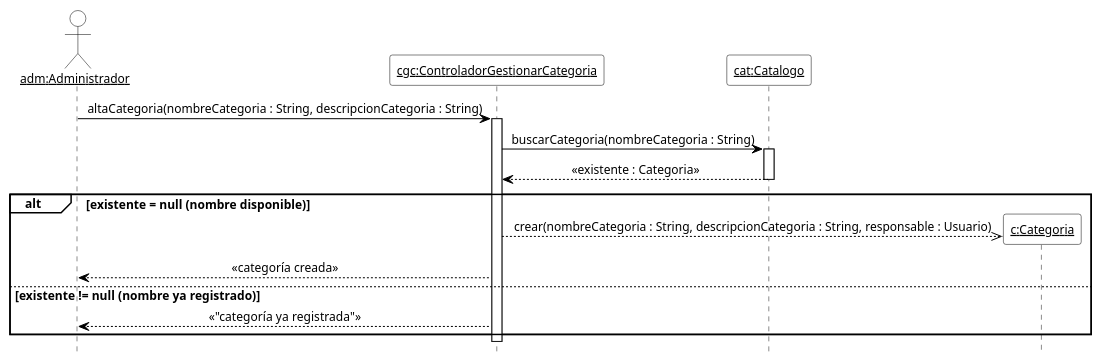
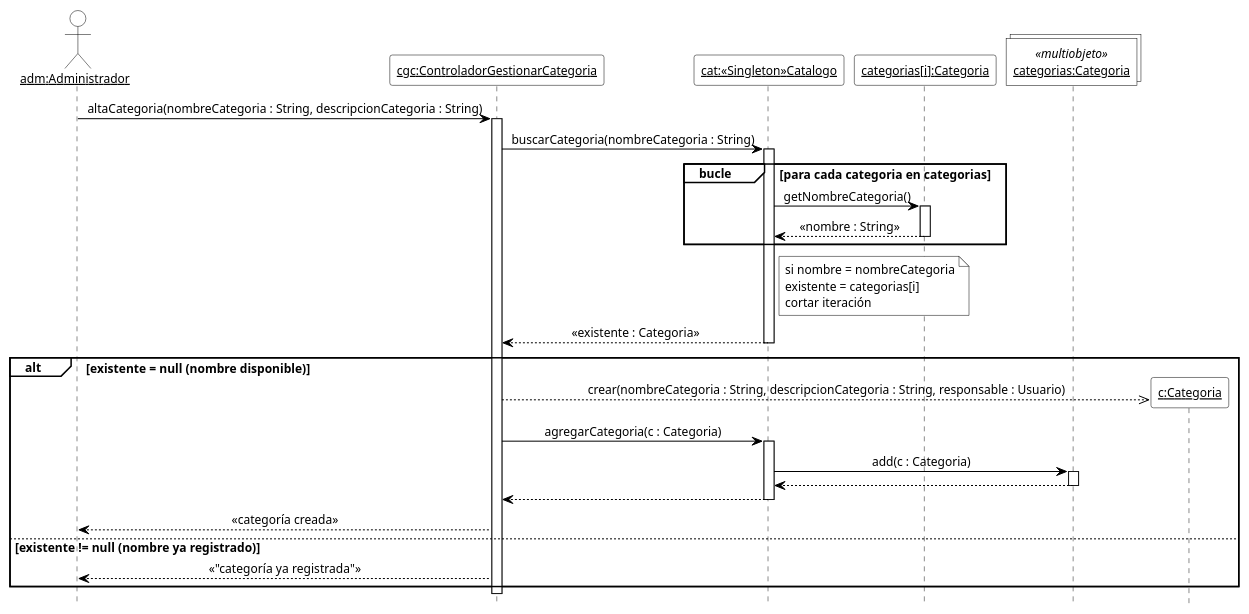
The fifth of 17 diagrams in 08-Diagrama De Secuencia/Diagramas_de_Secuencia.md (cirotop/Stock-Project), drawn with PlantUML before and after one commit. The commit also changed other lines of this file and 36 other files, not shown here.

````diff
--- a/08-Diagrama De Secuencia/Diagramas_de_Secuencia.md
+++ b/08-Diagrama De Secuencia/Diagramas_de_Secuencia.md
@@ -329,40 +358,57 @@
 ```plantuml
 @startuml DSD_CU-03_altaCategoria
 ' Diagrama de Secuencia de Diseño (DSD) - CU-03 Gestionar categoría - altaCategoria
 ' Estilo de los ejemplos de la teoría (introducirArticulo / crearNuevaVenta).
 hide footbox
 skinparam shadowing false
 skinparam defaultFontName Arial
 skinparam defaultFontSize 12
 skinparam sequenceMessageAlign center
 skinparam ArrowColor black
 skinparam ParticipantBackgroundColor white
 skinparam ParticipantBorderColor black
+skinparam CollectionsBackgroundColor white
+skinparam CollectionsBorderColor black
 skinparam ActorBackgroundColor white
 skinparam ActorBorderColor black
 skinparam LifeLineBorderColor black
 skinparam LifeLineBackgroundColor white
 skinparam SequenceGroupBackgroundColor white
 skinparam SequenceGroupBorderColor black
 skinparam SequenceGroupHeaderFontColor black
 skinparam NoteBackgroundColor white
 skinparam NoteBorderColor black
 
 actor "<u>adm:Administrador</u>" as adm
 participant "<u>cgc:ControladorGestionarCategoria</u>" as cgc
-participant "<u>cat:Catalogo</u>" as cat
+participant "<u>cat:«Singleton»Catalogo</u>" as cat
+participant "<u>categorias[i]:Categoria</u>" as ci
+collections "<u>categorias:Categoria</u>" as mc <<multiobjeto>>
 
 adm -> cgc ++ : altaCategoria(nombreCategoria : String, descripcionCategoria : String)
 cgc -> cat ++ : buscarCategoria(nombreCategoria : String)
+group bucle [para cada categoria en categorias]
+  cat -> ci ++ : getNombreCategoria()
+  ci --> cat -- : «nombre : String»
+end
+note right of cat
+  si nombre = nombreCategoria
+  existente = categorias[i]
+  cortar iteración
+end note
 cat --> cgc -- : «existente : Categoria»
 alt existente = null (nombre disponible)
   create participant "<u>c:Categoria</u>" as c
   cgc -->> c : crear(nombreCategoria : String, descripcionCategoria : String, responsable : Usuario)
+  cgc -> cat ++ : agregarCategoria(c : Categoria)
+  cat -> mc ++ : add(c : Categoria)
+  mc --> cat --
+  cat --> cgc --
   cgc --> adm : «categoría creada»
 else existente != null (nombre ya registrado)
   cgc --> adm : «"categoría ya registrada"»
 end
 deactivate cgc
 
 @enduml
 ```
````
